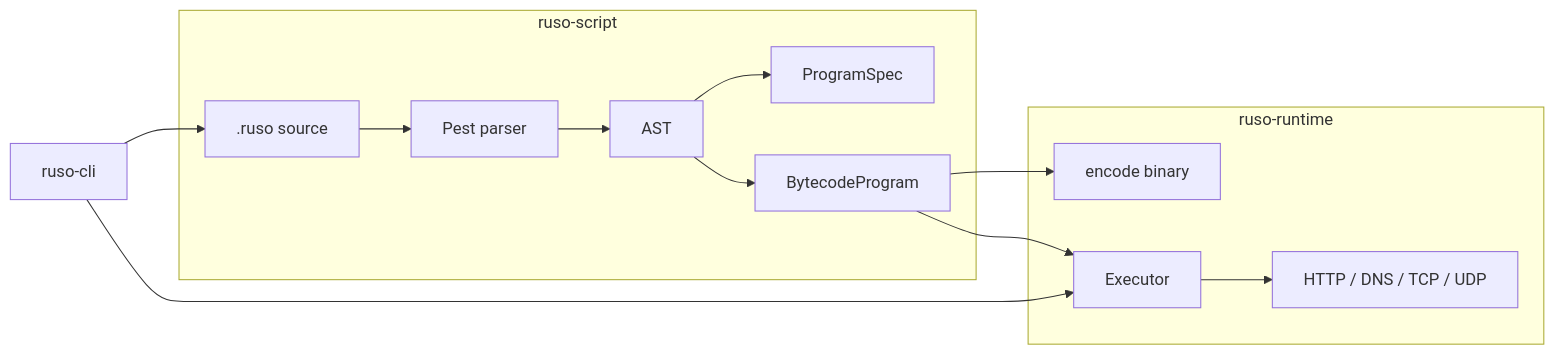
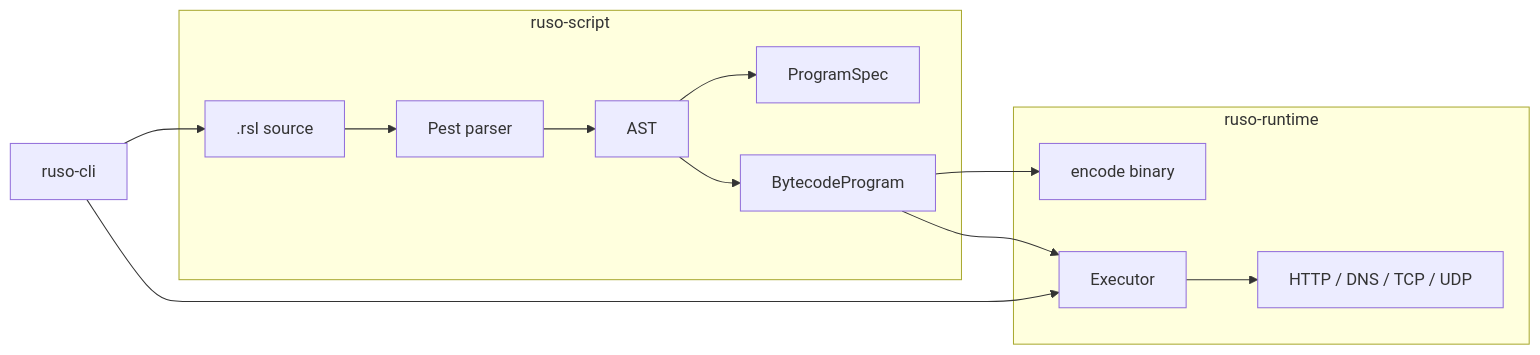
The diagram in docs/ARCHITECTURE.md (Hopeless-Labs/ruso-runtime), drawn with Mermaid before and after one commit. The commit also changed other lines of this file and 10 other files, not shown here.

First line of the commit message:
branding: rename DSL to Ruso Scripting Language (RSL), .bc -> .rbc

````diff
--- a/docs/ARCHITECTURE.md
+++ b/docs/ARCHITECTURE.md
@@ -7,23 +7,23 @@
 ```mermaid
 flowchart LR
   subgraph script_crate [ruso-script]
-    SRC[".ruso source"]
+    SRC[".rsl source"]
     PEST[Pest parser]
     AST[AST]
     SPEC[ProgramSpec]
     BC[BytecodeProgram]
     SRC --> PEST --> AST
     AST --> SPEC
     AST --> BC
   end
   subgraph runtime_crate [ruso-runtime]
     ENC[encode binary]
     EXEC[Executor]
     NET[HTTP / DNS / TCP / UDP]
     BC --> EXEC
     EXEC --> NET
     BC --> ENC
   end
   CLI[ruso-cli] --> SRC
   CLI --> EXEC
 ```
````
